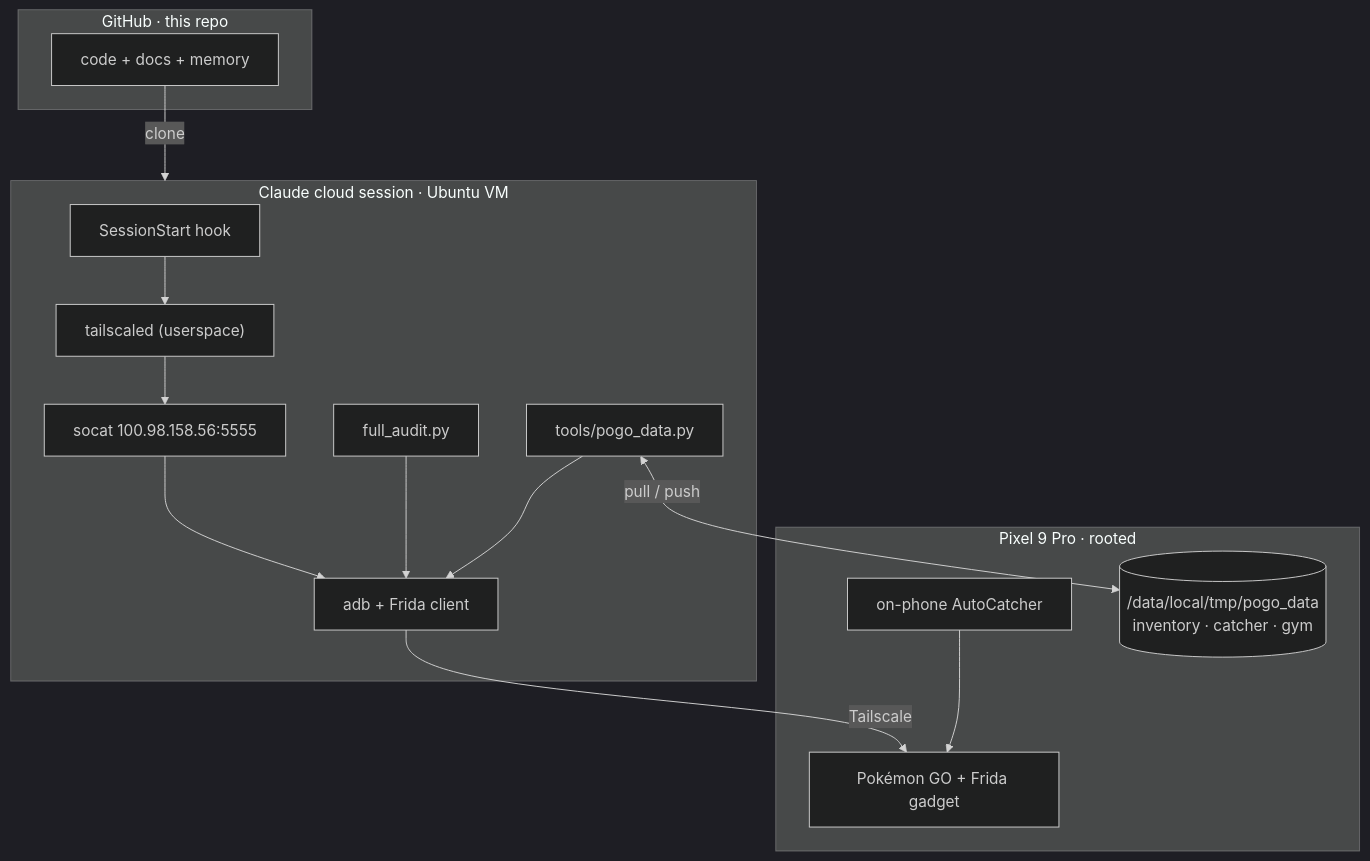
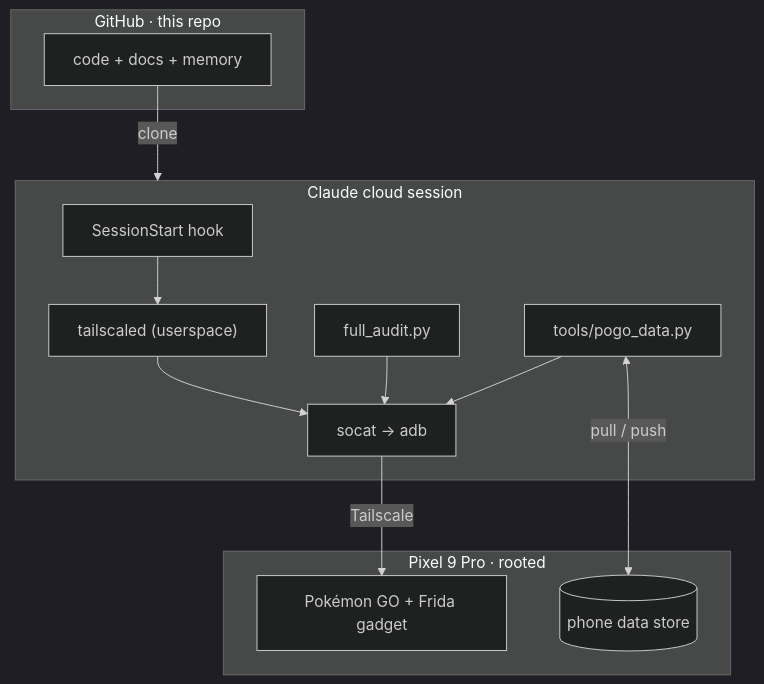
One commit to BennyWaitWhat/PoGo-Gotta-Catch-Em-All changed the second of 2 diagrams in README.md. Above: the diagram before and after it, drawn with Mermaid (dark theme). The commit also changed other lines of this file and 1 other file, not shown here.

First line of the commit message:
README for players: what it does, full feature list, every tag, a real report

````diff
--- a/README.md
+++ b/README.md
@@ -94,22 +153,19 @@
 ```mermaid
 flowchart TB
     subgraph GH["GitHub · this repo"]
         code["code + docs + memory"]
     end
-    subgraph VM["Claude cloud session · Ubuntu VM"]
+    subgraph VM["Claude cloud session"]
         hook["SessionStart hook"] --> ts["tailscaled (userspace)"]
-        ts --> sc["socat 100.98.158.56:5555"]
-        sc --> adb["adb + Frida client"]
-        cull["full_audit.py"] --> adb
-        pd["tools/pogo_data.py"] --> adb
+        ts --> sc["socat → adb"]
+        cull["full_audit.py"] --> sc
+        pd["tools/pogo_data.py"] --> sc
     end
     subgraph P["Pixel 9 Pro · rooted"]
         game["Pokémon GO + Frida gadget"]
-        catcher["on-phone AutoCatcher"]
-        store[("/data/local/tmp/pogo_data<br/>inventory · catcher · gym")]
+        store[("phone data store")]
     end
     code -->|clone| VM
-    adb -->|Tailscale| game
+    sc -->|Tailscale| game
     pd <-->|pull / push| store
-    catcher --> game
 ```
````
